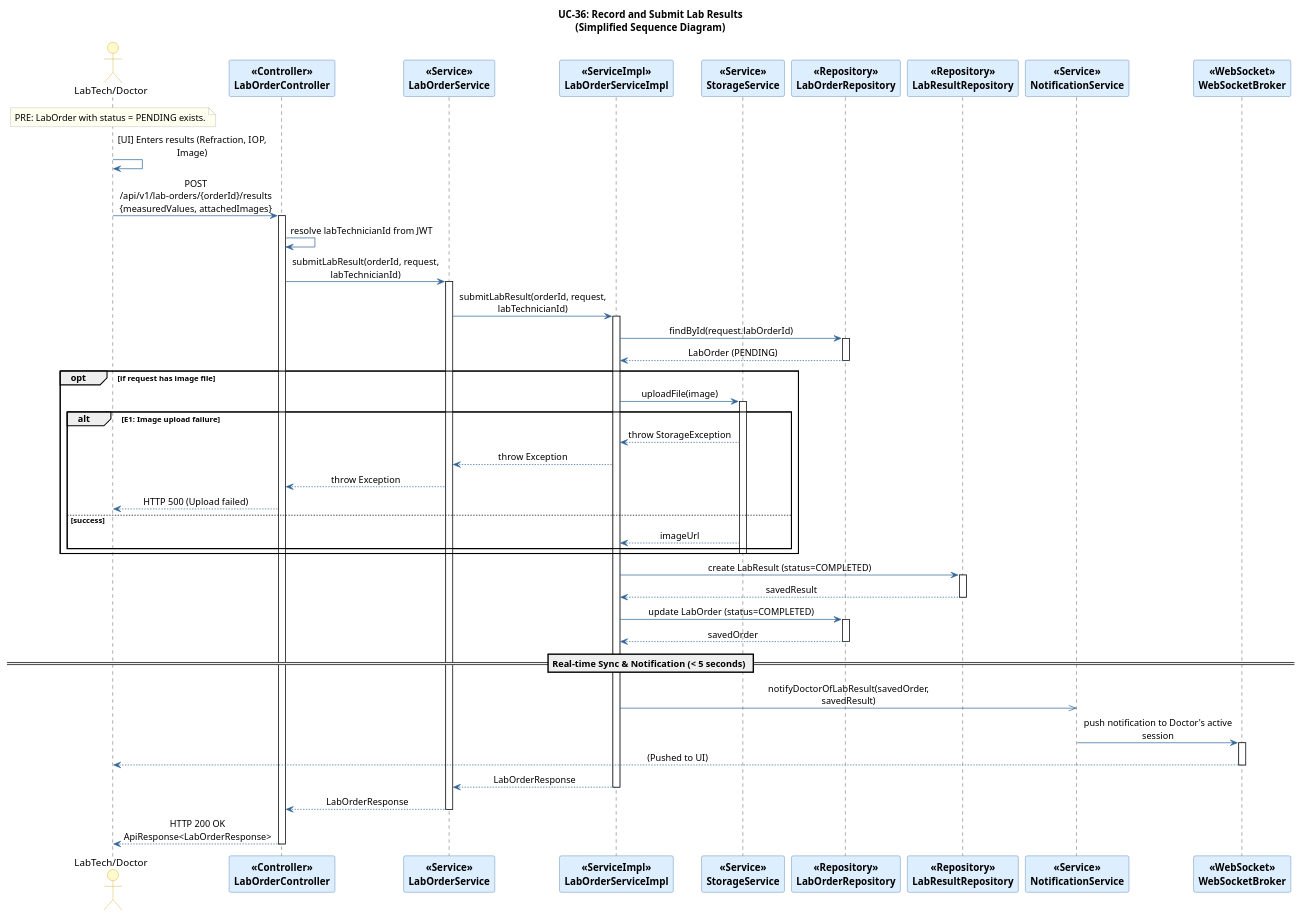
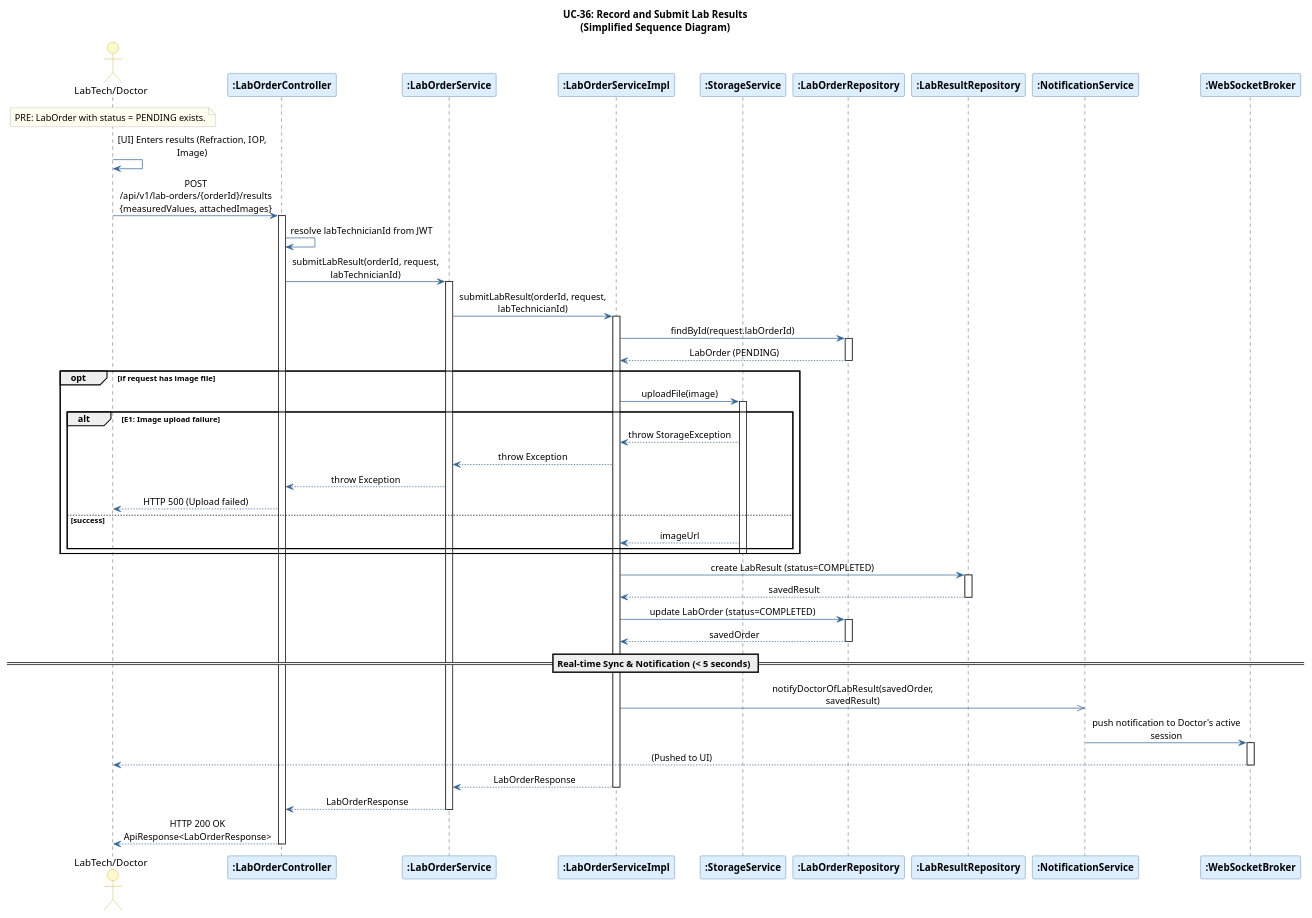
The diagram in docs/diagrams/UC36_ProcessLabResult_SequenceDiagram.puml (Dmh304/Clinic-Management-System), drawn with PlantUML before and after one commit. The commit also changed 28 other files, not shown here.

```diff
--- a/docs/diagrams/UC36_ProcessLabResult_SequenceDiagram.puml
+++ b/docs/diagrams/UC36_ProcessLabResult_SequenceDiagram.puml
@@ -1,98 +1,98 @@
 @startuml UC36_ProcessLabResult
 <style>
 document {
   ParticipantPadding 10
   BoxPadding 10
 }
 </style>
 
 skinparam sequenceMessageAlign center
 skinparam responseMessageBelowArrow true
 skinparam maxMessageSize 250
 
 skinparam participant {
     BackgroundColor #DDEEFF
     BorderColor     #336699
     FontStyle       bold
 }
 skinparam actor {
     BackgroundColor #FFFACD
     BorderColor     #CC9900
 }
 skinparam note {
     BackgroundColor #FFFFF0
     BorderColor     #AAAAAA
 }
 skinparam ArrowColor #336699
 skinparam LifeLineBorderColor #336699
 
 title UC-36: Record and Submit Lab Results\n(Simplified Sequence Diagram)
 
 actor       "LabTech/Doctor"                                    as Actor
-participant "<<Controller>>\nLabOrderController"           as LC
-participant "<<Service>>\nLabOrderService"               as LS
-participant "<<ServiceImpl>>\nLabOrderServiceImpl"       as LSImpl
-participant "<<Service>>\nStorageService"                       as Storage
-participant "<<Repository>>\nLabOrderRepository"                as LORepo
-participant "<<Repository>>\nLabResultRepository"               as LRRepo
-participant "<<Service>>\nNotificationService"                  as NS
-participant "<<WebSocket>>\nWebSocketBroker"                    as WS
+participant ":LabOrderController"           as LC
+participant ":LabOrderService"               as LS
+participant ":LabOrderServiceImpl"       as LSImpl
+participant ":StorageService"                       as Storage
+participant ":LabOrderRepository"                as LORepo
+participant ":LabResultRepository"               as LRRepo
+participant ":NotificationService"                  as NS
+participant ":WebSocketBroker"                    as WS
 
 note over Actor
   PRE: LabOrder with status = PENDING exists.
 end note
 
 Actor -> Actor : [UI] Enters results (Refraction, IOP, Image)
 Actor -> LC : POST /api/v1/lab-orders/{orderId}/results\n{measuredValues, attachedImages}
 activate LC
 LC -> LC : resolve labTechnicianId from JWT
 LC -> LS : submitLabResult(orderId, request, labTechnicianId)
 activate LS
 LS -> LSImpl : submitLabResult(orderId, request, labTechnicianId)
 activate LSImpl
 
 LSImpl -> LORepo : findById(request.labOrderId)
 activate LORepo
 LORepo --> LSImpl : LabOrder (PENDING)
 deactivate LORepo
 
 opt if request has image file
     LSImpl -> Storage : uploadFile(image)
     activate Storage
     alt E1: Image upload failure
         Storage --> LSImpl : throw StorageException
         LSImpl --> LS : throw Exception
         LS --> LC : throw Exception
         LC --> Actor : HTTP 500 (Upload failed)
     else success
         Storage --> LSImpl : imageUrl
     end
     deactivate Storage
 end
 
 LSImpl -> LRRepo : create LabResult (status=COMPLETED)
 activate LRRepo
 LRRepo --> LSImpl : savedResult
 deactivate LRRepo
 
 LSImpl -> LORepo : update LabOrder (status=COMPLETED)
 activate LORepo
 LORepo --> LSImpl : savedOrder
 deactivate LORepo
 
 == Real-time Sync & Notification (< 5 seconds) ==
 LSImpl ->> NS : notifyDoctorOfLabResult(savedOrder, savedResult)
 NS -> WS : push notification to Doctor's active session
 activate WS
 WS --> Actor : (Pushed to UI)
 deactivate WS
 
 LSImpl --> LS : LabOrderResponse
 deactivate LSImpl
 LS --> LC : LabOrderResponse
 deactivate LS
 
 LC --> Actor : HTTP 200 OK\nApiResponse<LabOrderResponse>
 deactivate LC
 
 @enduml
```
